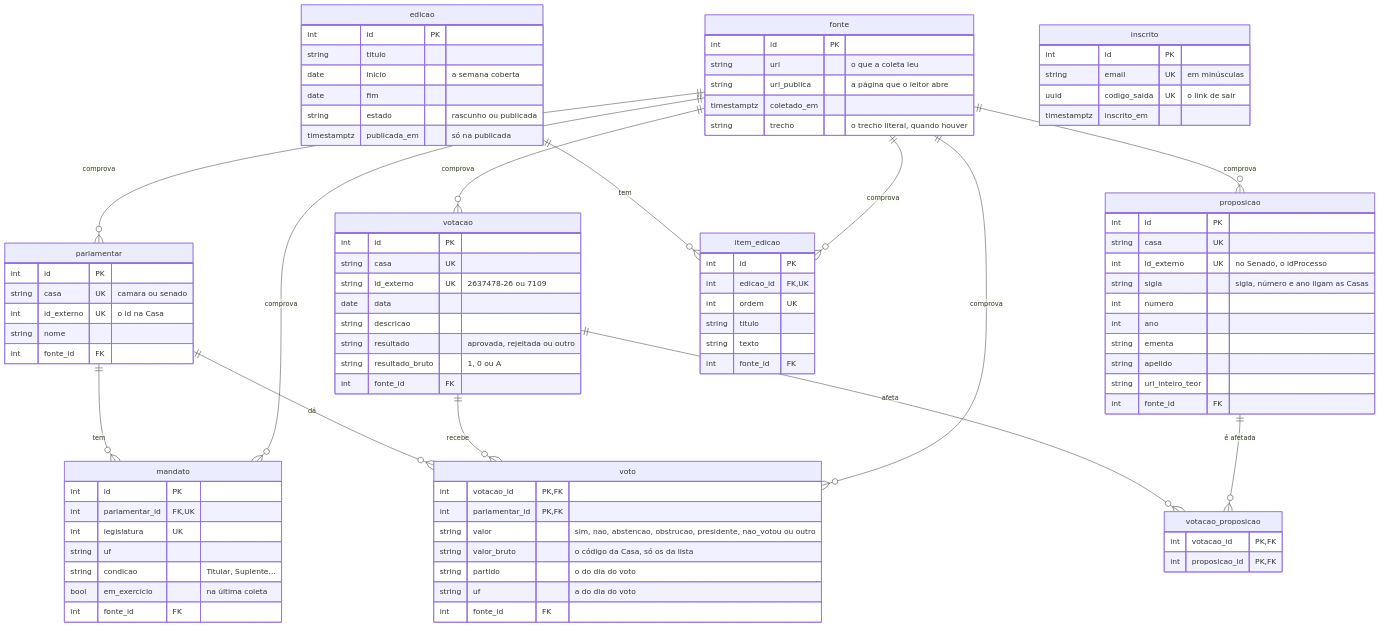
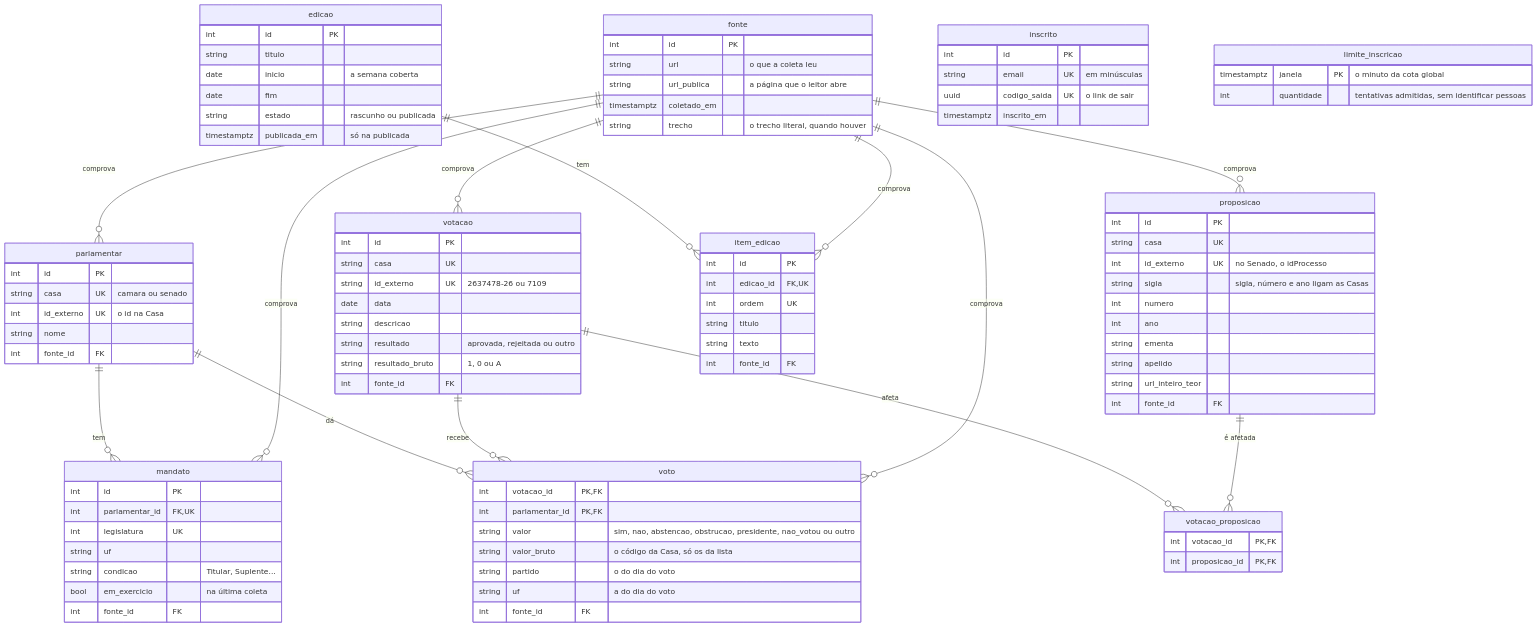
One commit to HiRenan/mandatometro changed the diagram in README.md. Above: the diagram before and after it, drawn with Mermaid. The commit also changed other lines of this file and 21 other files, not shown here.

````diff
--- a/README.md
+++ b/README.md
@@ -148,4 +148,8 @@
         uuid codigo_saida UK "o link de sair"
         timestamptz inscrito_em
     }
+    limite_inscricao {
+        timestamptz janela PK "o minuto da cota global"
+        int quantidade "tentativas admitidas, sem identificar pessoas"
+    }
 ```
````
